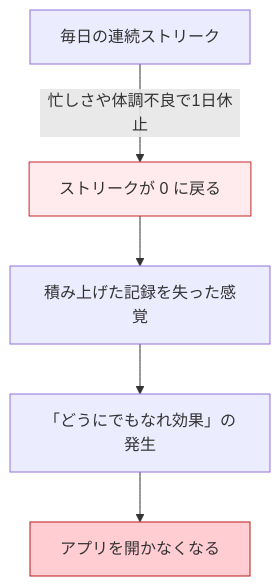
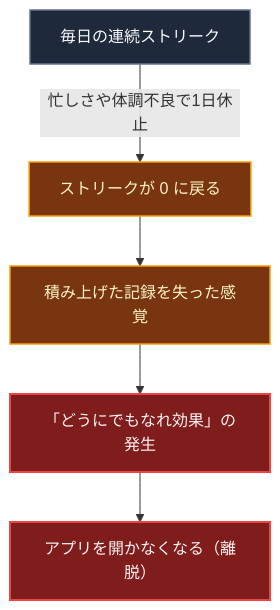
One commit to ScriptureHabit/scripture-habit changed the first of 3 diagrams in docs/ja/logic-milestone-retention.md. Above: the diagram before and after it, drawn with Mermaid. The commit also changed 5 other files, not shown here.

Commit message:
docs: fix Mermaid contrast for full Dark & Light mode readability

````diff
--- a/docs/ja/logic-milestone-retention.md
+++ b/docs/ja/logic-milestone-retention.md
@@ -13,10 +13,11 @@
 ```mermaid
-graph TD
-    A["毎日の連続ストリーク"] -->|"忙しさや体調不良で1日休止"| B["ストリークが 0 に戻る"]
-    B --> C["積み上げた記録を失った感覚"]
-    C --> D["「どうにでもなれ効果」の発生"]
-    D --> E["アプリを開かなくなる"]
-    
-    style B fill:#ffebee,stroke:#c62828,stroke-width:1px
-    style E fill:#ffcdd2,stroke:#b71c1c,stroke-width:1px
+flowchart TD
+    classDef default fill:#1e293b,stroke:#64748b,stroke-width:1.5px,color:#f8fafc;
+    classDef warn fill:#78350f,stroke:#f59e0b,stroke-width:1.5px,color:#fef3c7;
+    classDef danger fill:#7f1d1d,stroke:#ef4444,stroke-width:2px,color:#fef2f2;
+
+    A["毎日の連続ストリーク"]:::default -->|"忙しさや体調不良で1日休止"| B["ストリークが 0 に戻る"]:::warn
+    B --> C["積み上げた記録を失った感覚"]:::warn
+    C --> D["「どうにでもなれ効果」の発生"]:::danger
+    D --> E["アプリを開かなくなる（離脱）"]:::danger
 ```
````
